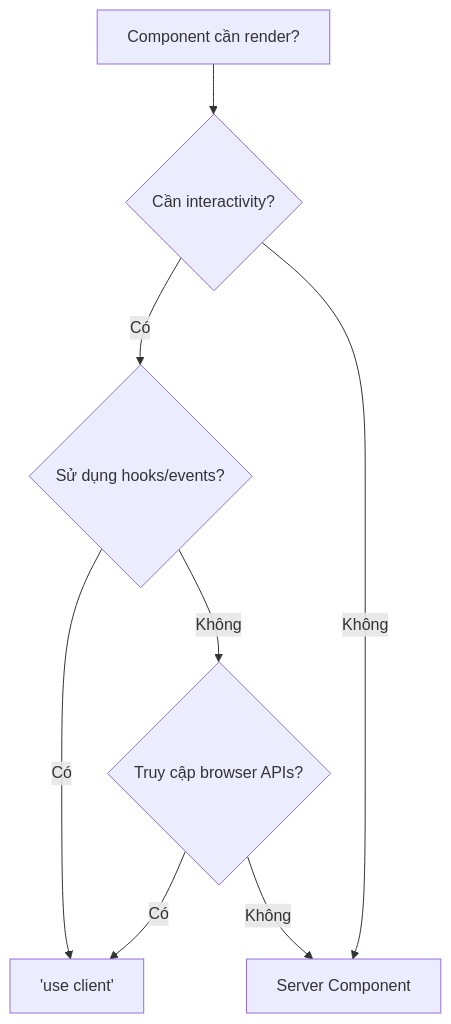
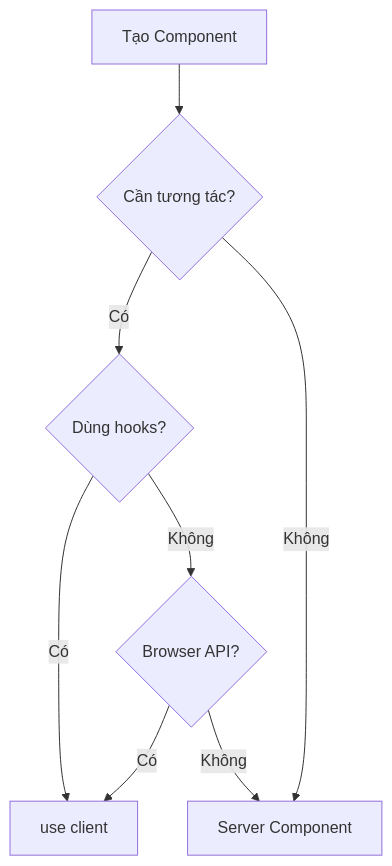
Before and after one commit to khieu-dv/vievlog: the second of 4 diagrams in src/content/soft-skills/nextjs/bai-8.mdx, drawn with Mermaid. The commit also changed other lines of this file and 1 other file, not shown here.

````diff
--- a/src/content/soft-skills/nextjs/bai-8.mdx
+++ b/src/content/soft-skills/nextjs/bai-8.mdx
@@ -176,10 +176,10 @@
 ```mermaid
 flowchart TD
-    A[Component cần render?] --> B{Cần interactivity?}
-    B -->|Có| C{Sử dụng hooks/events?}
+    A[Tạo Component] --> B{Cần tương tác?}
+    B -->|Có| C{Dùng hooks?}
     B -->|Không| D[Server Component]
-    C -->|Có| E['use client']
-    C -->|Không| F{Truy cập browser APIs?}
+    C -->|Có| E[use client]
+    C -->|Không| F{Browser API?}
     F -->|Có| E
     F -->|Không| D
 ```
````
